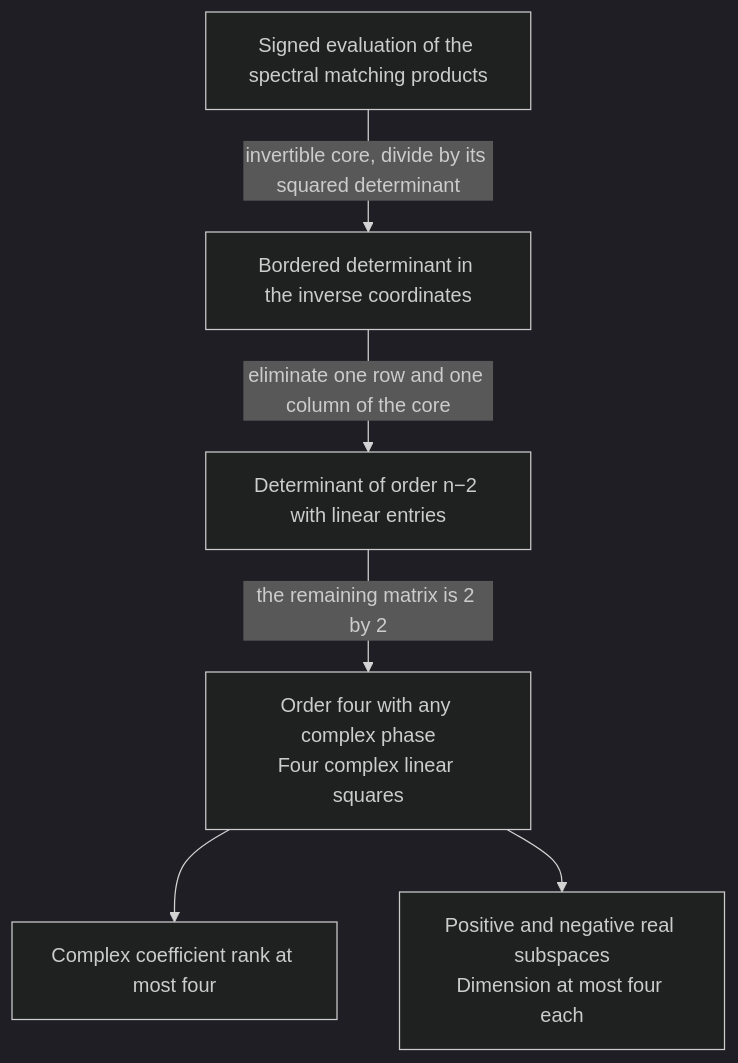
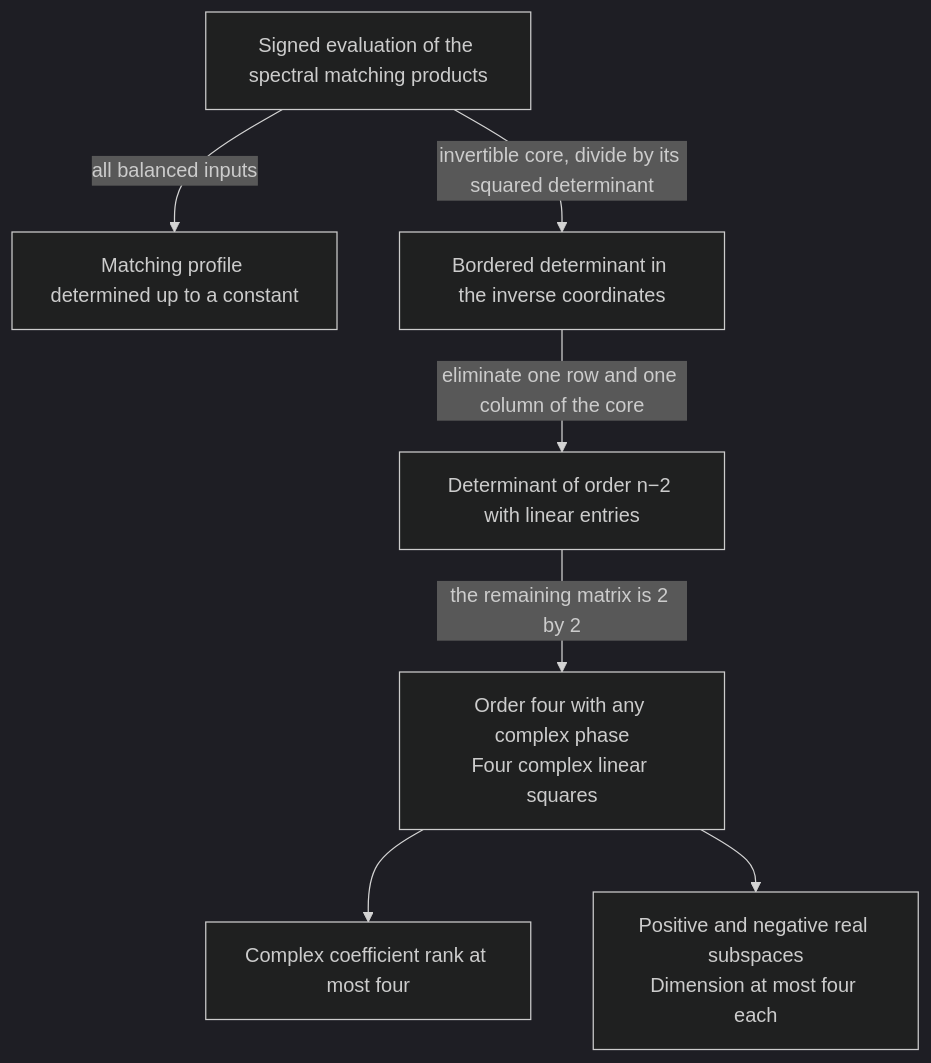
One commit to ascendnoosphere/MOC changed the diagram in Docs/spectral-profile-determinant-proof-map.md. Above: the diagram before and after it, drawn with Mermaid (dark theme). The commit also changed other lines of this file and 4 other files, not shown here.

Commit message:
Recover every permutation profile up to a constant from balanced matrix evaluations

````diff
--- a/Docs/spectral-profile-determinant-proof-map.md
+++ b/Docs/spectral-profile-determinant-proof-map.md
@@ -13,14 +13,16 @@
 ```mermaid
 flowchart TD
     Profile["Signed evaluation of the spectral matching products"]
+    Recover["Matching profile determined up to a constant"]
     Border["Bordered determinant in the inverse coordinates"]
     Smaller["Determinant of order n−2 with linear entries"]
     Squares["Order four with any complex phase<br/>Four complex linear squares"]
     Rank["Complex coefficient rank at most four"]
     Sign["Positive and negative real subspaces<br/>Dimension at most four each"]
+    Profile -->|"all balanced inputs"| Recover
     Profile -->|"invertible core, divide by its squared determinant"| Border
     Border -->|"eliminate one row and one column of the core"| Smaller
     Smaller -->|"the remaining matrix is 2 by 2"| Squares
     Squares --> Rank
     Squares --> Sign
 ```
````
